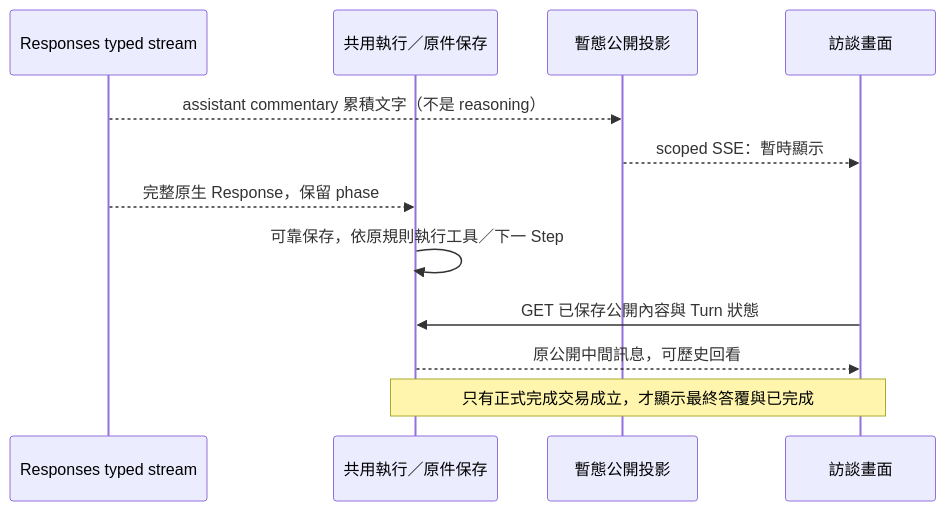
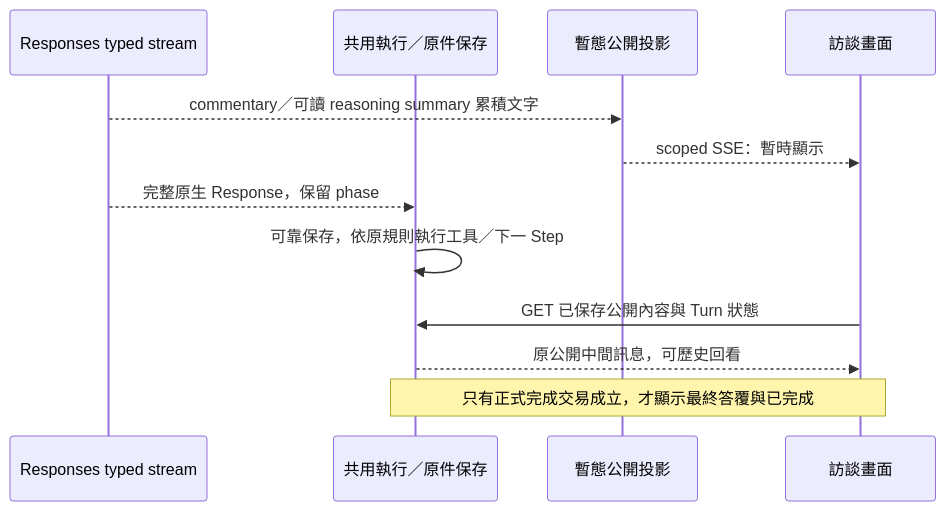
The second of 3 diagrams in docs/implementation/interface-and-delivery.md (JD-Consultant/Caliburn), drawn with Mermaid before and after one commit. The commit also changed other lines of this file and 38 other files, not shown here.

First line of the commit message:
docs: curate architecture, reports and experiment evidence

````diff
--- a/docs/implementation/interface-and-delivery.md
+++ b/docs/implementation/interface-and-delivery.md
@@ -140,14 +162,14 @@
 ```mermaid
 sequenceDiagram
   participant SDK as Responses typed stream
   participant Run as 共用執行／原件保存
   participant Hub as 暫態公開投影
   participant UI as 訪談畫面
-  SDK-->>Hub: assistant commentary 累積文字（不是 reasoning）
+  SDK-->>Hub: commentary／可讀 reasoning summary 累積文字
   Hub-->>UI: scoped SSE：暫時顯示
   SDK-->>Run: 完整原生 Response，保留 phase
   Run->>Run: 可靠保存，依原規則執行工具／下一 Step
   UI->>Run: GET 已保存公開內容與 Turn 狀態
   Run-->>UI: 原公開中間訊息，可歷史回看
   Note over Run,UI: 只有正式完成交易成立，才顯示最終答覆與已完成
 ```
````
